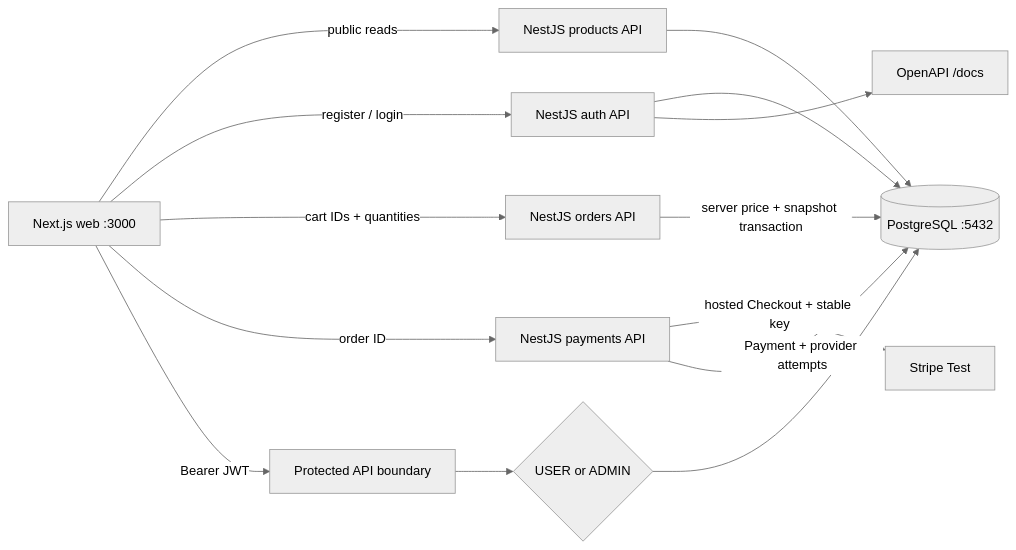
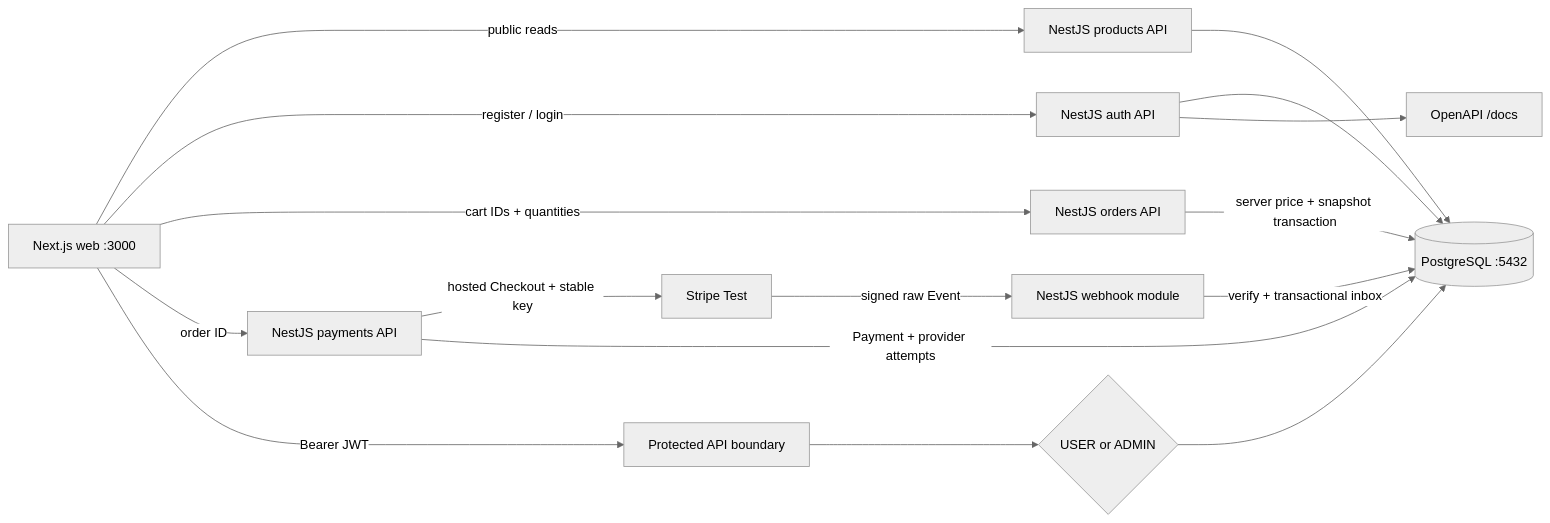
The diagram in README.md (tianhao8687/payflow), drawn with Mermaid (neutral theme) before and after one commit. The commit also changed other lines of this file and 31 other files, not shown here.

Commit message:
feat: implement stage 4 Stripe webhooks

````diff
--- a/README.md
+++ b/README.md
@@ -13,16 +13,18 @@
 ```mermaid
 flowchart LR
   Browser[Next.js web :3000] -->|public reads| Products[NestJS products API]
   Browser -->|register / login| Auth[NestJS auth API]
   Browser -->|cart IDs + quantities| Orders[NestJS orders API]
   Browser -->|order ID| Payments[NestJS payments API]
   Payments -->|hosted Checkout + stable key| Stripe[Stripe Test]
+  Stripe -->|signed raw Event| Webhooks[NestJS webhook module]
+  Webhooks -->|verify + transactional inbox| DB
   Browser -->|Bearer JWT| Protected[Protected API boundary]
   Protected --> RBAC{USER or ADMIN}
   Auth --> DB[(PostgreSQL :5432)]
   Products --> DB
   Orders -->|server price + snapshot transaction| DB
   Payments -->|Payment + provider attempts| DB
   RBAC --> DB
   Auth --> Docs[OpenAPI /docs]
 ```
````
